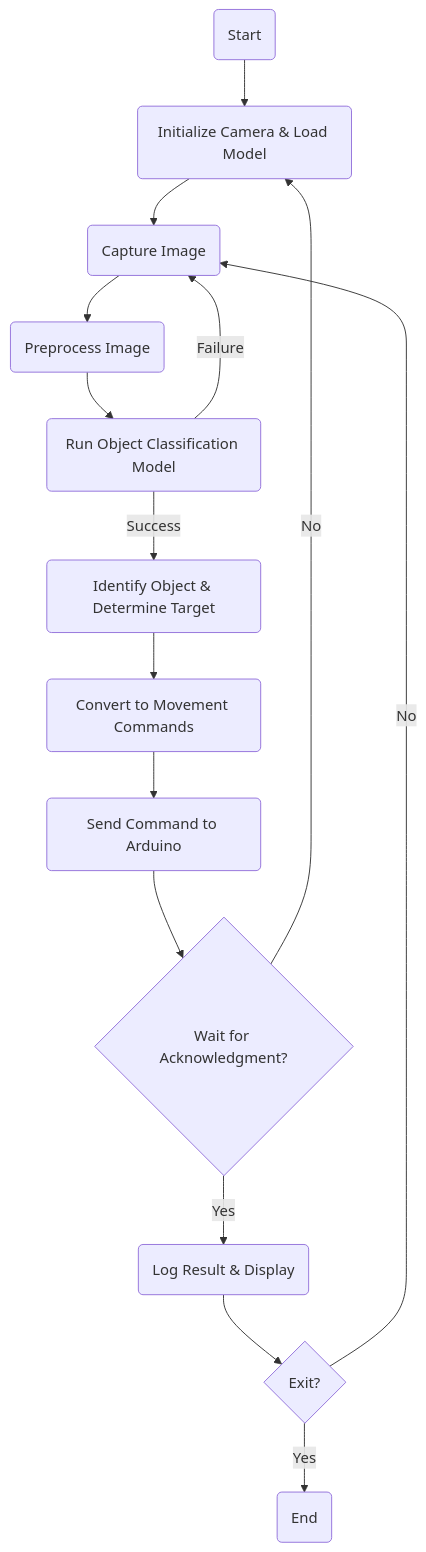
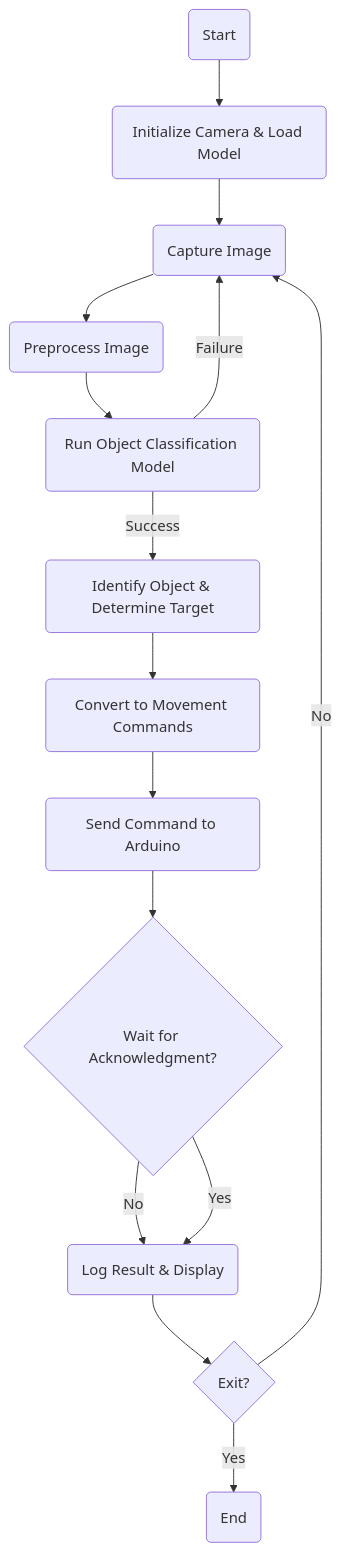
One commit to Ngoc411/Robotic-arm-classifies-objects-using-computer-vision-with-raspi4-and-arduino changed the first of 2 diagrams in README.md. Above: the diagram before and after it, drawn with Mermaid.

````diff
--- a/README.md
+++ b/README.md
@@ -25,17 +25,17 @@
 ```mermaid
 graph TD;
   A(Start) --> B(Initialize Camera & Load Model)
   B --> C(Capture Image)
   C --> D(Preprocess Image)
   D --> E(Run Object Classification Model)
   E -->|Success| F(Identify Object & Determine Target)
   E -->|Failure| C
   F --> G(Convert to Movement Commands)
   G --> H(Send Command to Arduino)
   H --> I{Wait for Acknowledgment?}
-  I -->|No| B
+  I -->|No| J
   I -->|Yes| J(Log Result & Display)
   J --> K{Exit?}
   K -->|No| C
   K -->|Yes| L(End)
 ```
````
